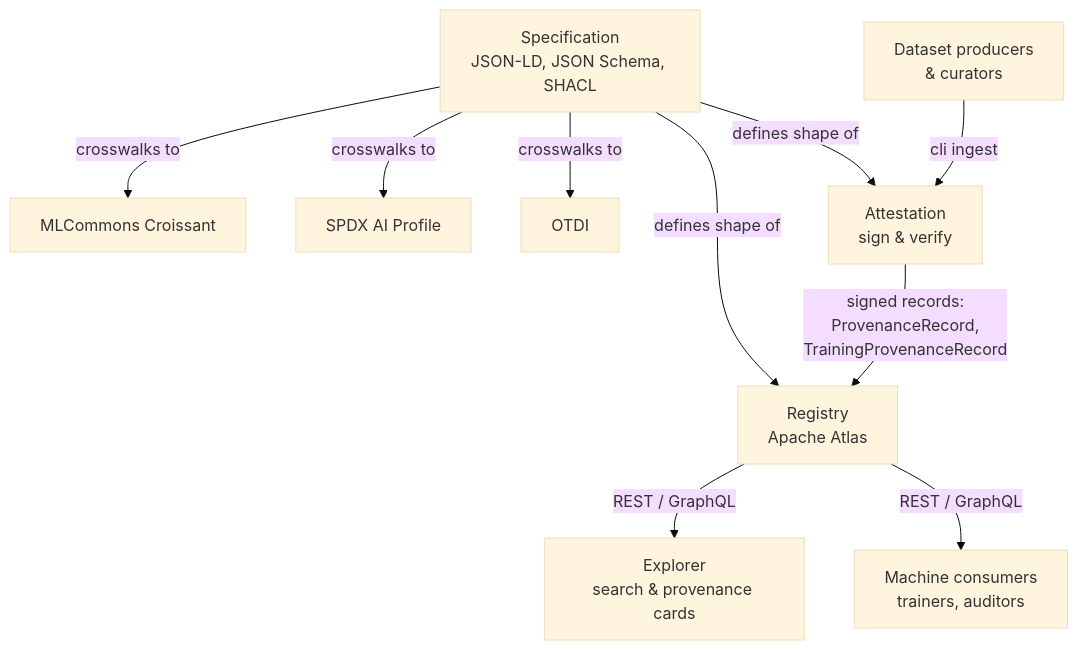
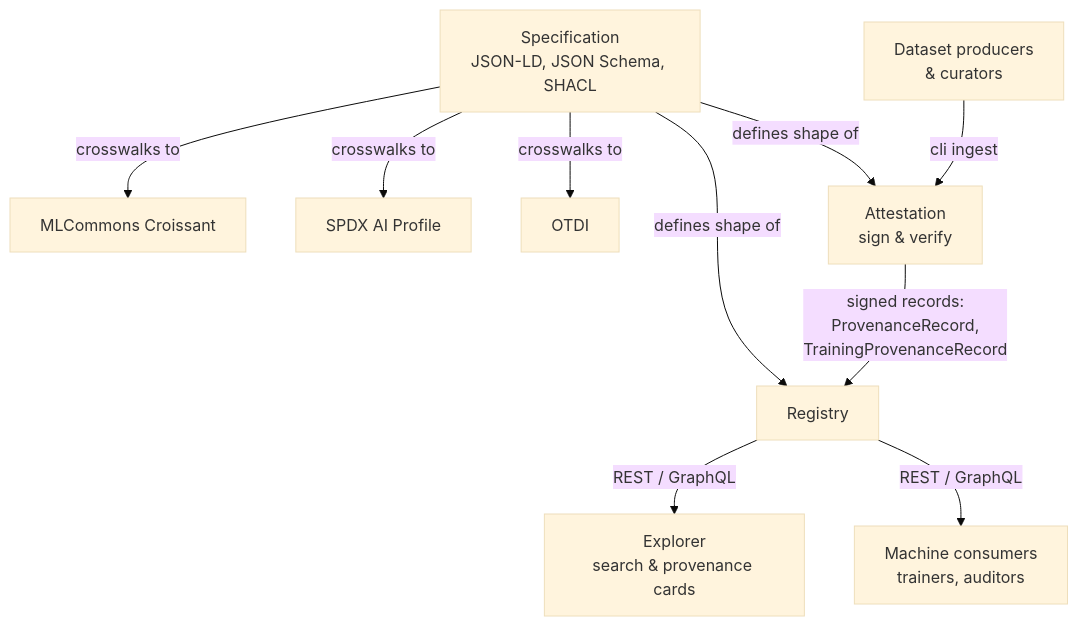
Before and after one commit to apache/sourcelume-site: the second of 2 diagrams in content/pages/index.md, drawn with Mermaid (base theme). The commit also changed other lines of this file and 2 other files, not shown here.

First line of the commit message:
Update registry docs for pluggable storage backends (#14)

````diff
--- a/content/pages/index.md
+++ b/content/pages/index.md
@@ -73,15 +74,15 @@
 ```mermaid
 graph TD
     SPEC[Specification<br/>JSON-LD, JSON Schema, SHACL] -->|crosswalks to| CROISSANT[MLCommons Croissant]
     SPEC -->|crosswalks to| SPDX[SPDX AI Profile]
     SPEC -->|crosswalks to| OTDI[OTDI]
 
     PROD[Dataset producers<br/>& curators] -->|cli ingest| ATTEST[Attestation<br/>sign & verify]
     SPEC -->|defines shape of| ATTEST
 
-    ATTEST -->|signed records:<br/>ProvenanceRecord,<br/>TrainingProvenanceRecord| REG[Registry<br/>Apache Atlas]
+    ATTEST -->|signed records:<br/>ProvenanceRecord,<br/>TrainingProvenanceRecord| REG[Registry]
     SPEC -->|defines shape of| REG
 
     REG -->|REST / GraphQL| EXPLORER[Explorer<br/>search & provenance cards]
     REG -->|REST / GraphQL| MACHINE[Machine consumers<br/>trainers, auditors]
 ```
````
